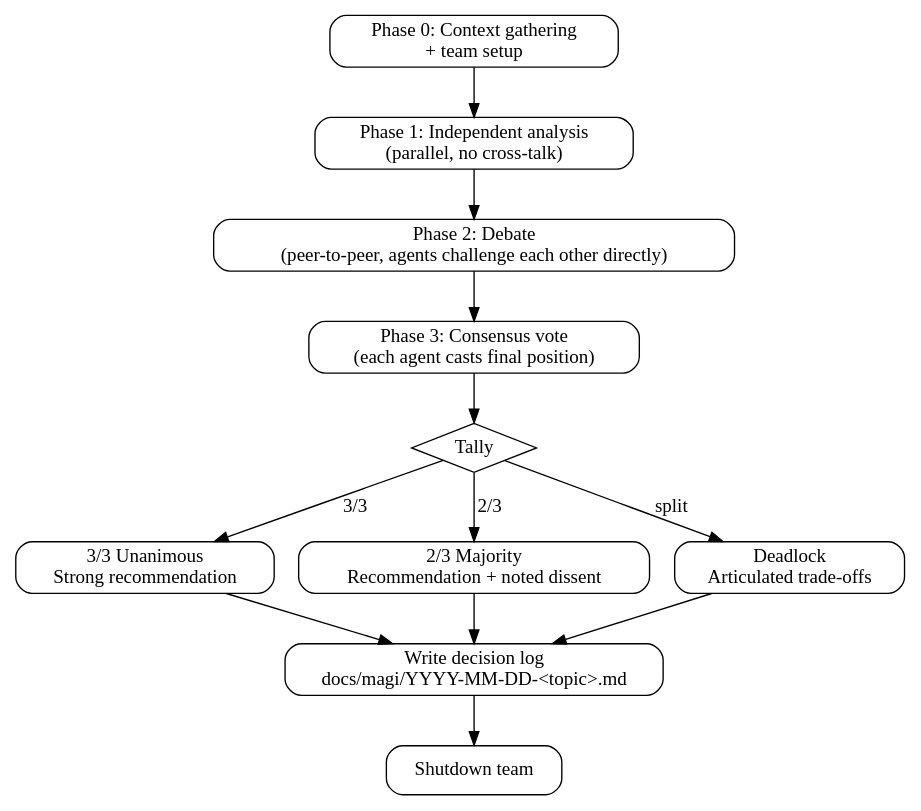
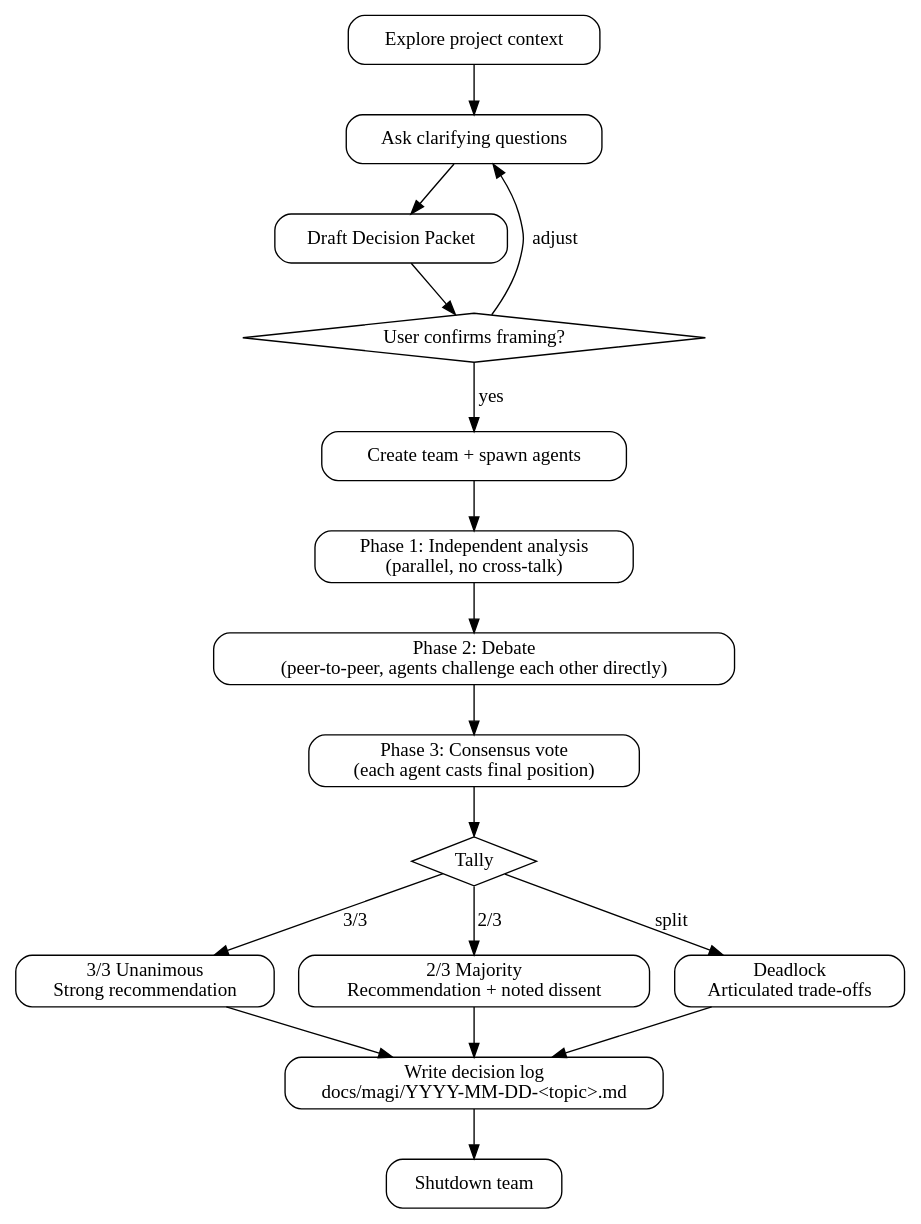
One commit to vinta/hal-9000 changed the diagram in skills/magi/SKILL.md. Above: the diagram before and after it, drawn with Graphviz. The commit also changed other lines of this file, not shown here.

Commit message:
docs(magi): improve workflow diagram and documentation
- Rename digraph for clarity (magi_flow -> magi)
- Add pre-deliberation flow: explore, questions, decision packet, confirmation
- Clarify reference to brainstorming skill (remove superpowers: prefix)

````diff
--- a/skills/magi/SKILL.md
+++ b/skills/magi/SKILL.md
@@ -47,26 +47,33 @@
 ```dot
-digraph magi_flow {
+digraph magi {
     rankdir=TB;
     node [shape=box, style=rounded];
 
-    gather [label="Phase 0: Context gathering\n+ team setup"];
+    explore [label="Explore project context"];
+    questions [label="Ask clarifying questions"];
+    packet [label="Draft Decision Packet"];
+    confirm [label="User confirms framing?" shape=diamond style=""];
+    setup [label="Create team + spawn agents"];
     analysis [label="Phase 1: Independent analysis\n(parallel, no cross-talk)"];
     debate [label="Phase 2: Debate\n(peer-to-peer, agents challenge each other directly)"];
     vote [label="Phase 3: Consensus vote\n(each agent casts final position)"];
     tally [label="Tally" shape=diamond style=""];
     unanimous [label="3/3 Unanimous\nStrong recommendation"];
     majority [label="2/3 Majority\nRecommendation + noted dissent"];
     deadlock [label="Deadlock\nArticulated trade-offs"];
     log [label="Write decision log\ndocs/magi/YYYY-MM-DD-<topic>.md"];
     done [label="Shutdown team"];
 
-    gather -> analysis -> debate -> vote -> tally;
+    explore -> questions -> packet -> confirm;
+    confirm -> questions [label="adjust"];
+    confirm -> setup [label="yes"];
+    setup -> analysis -> debate -> vote -> tally;
     tally -> unanimous [label="3/3"];
     tally -> majority [label="2/3"];
     tally -> deadlock [label="split"];
     unanimous -> log;
     majority -> log;
     deadlock -> log;
     log -> done;
 }
 ```
````
